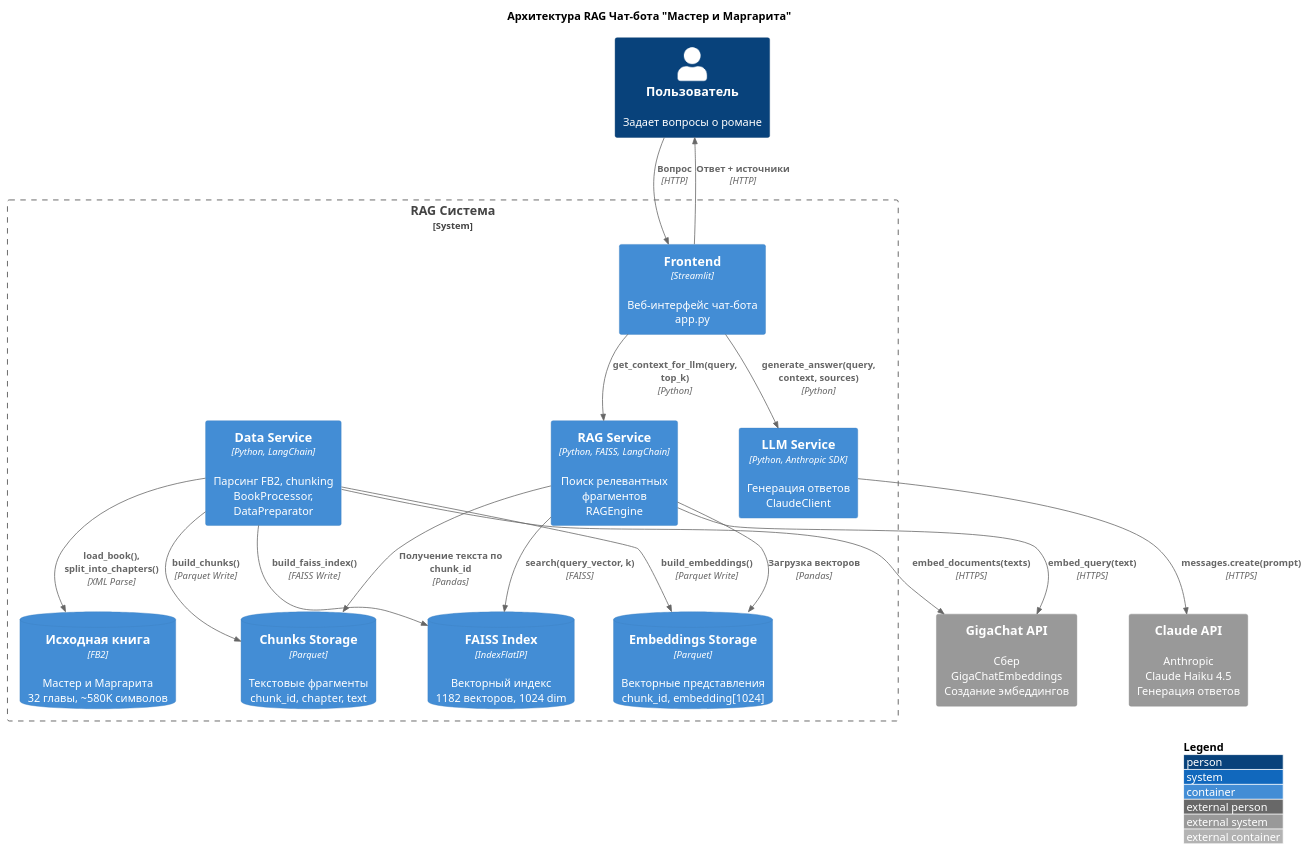
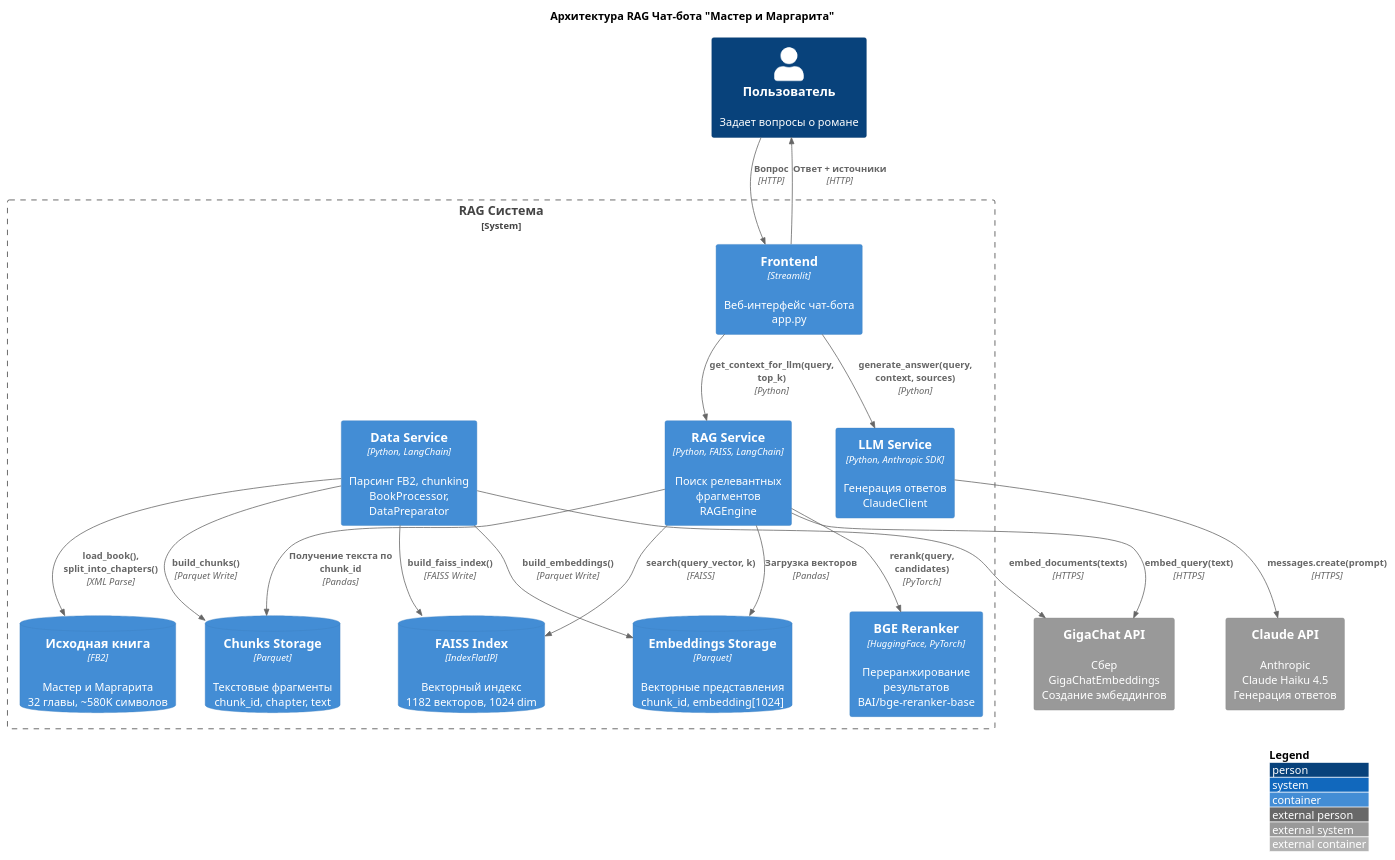
One commit to bookworm-itmo/llm-intro-project changed the diagram in docs/architecture.puml. Above: the diagram before and after it, drawn with PlantUML. The commit also changed 11 other files, not shown here.

```diff
--- a/docs/architecture.puml
+++ b/docs/architecture.puml
@@ -1,56 +1,59 @@
 @startuml architecture
 !include https://raw.githubusercontent.com/plantuml-stdlib/C4-PlantUML/master/C4_Container.puml
 
 LAYOUT_WITH_LEGEND()
 
 title Архитектура RAG Чат-бота "Мастер и Маргарита"
 
 Person(user, "Пользователь", "Задает вопросы о романе")
 
 System_Boundary(rag_system, "RAG Система") {
 
     Container(frontend, "Frontend", "Streamlit", "Веб-интерфейс чат-бота\napp.py")
 
     Container(llm_service, "LLM Service", "Python, Anthropic SDK", "Генерация ответов\nClaudeClient")
 
     Container(rag_service, "RAG Service", "Python, FAISS, LangChain", "Поиск релевантных фрагментов\nRAGEngine")
+
+    Container(reranker, "BGE Reranker", "HuggingFace, PyTorch", "Переранжирование результатов\nBAI/bge-reranker-base")
 
     Container(data_service, "Data Service", "Python, LangChain", "Парсинг FB2, chunking\nBookProcessor, DataPreparator")
 
     ContainerDb(faiss_index, "FAISS Index", "IndexFlatIP", "Векторный индекс\n1182 векторов, 1024 dim")
 
     ContainerDb(chunks_db, "Chunks Storage", "Parquet", "Текстовые фрагменты\nchunk_id, chapter, text")
 
     ContainerDb(embeddings_db, "Embeddings Storage", "Parquet", "Векторные представления\nchunk_id, embedding[1024]")
 
     ContainerDb(source_book, "Исходная книга", "FB2", "Мастер и Маргарита\n32 главы, ~580K символов")
 }
 
 System_Ext(claude_api, "Claude API", "Anthropic\nClaude Haiku 4.5\nГенерация ответов")
 System_Ext(gigachat_api, "GigaChat API", "Сбер\nGigaChatEmbeddings\nСоздание эмбеддингов")
 
 ' User interactions
 Rel(user, frontend, "Вопрос", "HTTP")
 Rel(frontend, user, "Ответ + источники", "HTTP")
 
 ' Frontend to services
 Rel(frontend, rag_service, "get_context_for_llm(query, top_k)", "Python")
 Rel(frontend, llm_service, "generate_answer(query, context, sources)", "Python")
 
 ' RAG Service flow
 Rel(rag_service, faiss_index, "search(query_vector, k)", "FAISS")
 Rel(rag_service, chunks_db, "Получение текста по chunk_id", "Pandas")
 Rel(rag_service, embeddings_db, "Загрузка векторов", "Pandas")
 Rel(rag_service, gigachat_api, "embed_query(text)", "HTTPS")
+Rel(rag_service, reranker, "rerank(query, candidates)", "PyTorch")
 
 ' LLM Service
 Rel(llm_service, claude_api, "messages.create(prompt)", "HTTPS")
 
 ' Data preparation (offline)
 Rel(data_service, source_book, "load_book(), split_into_chapters()", "XML Parse")
 Rel(data_service, chunks_db, "build_chunks()", "Parquet Write")
 Rel(data_service, gigachat_api, "embed_documents(texts)", "HTTPS")
 Rel(data_service, embeddings_db, "build_embeddings()", "Parquet Write")
 Rel(data_service, faiss_index, "build_faiss_index()", "FAISS Write")
 
 @enduml
```
